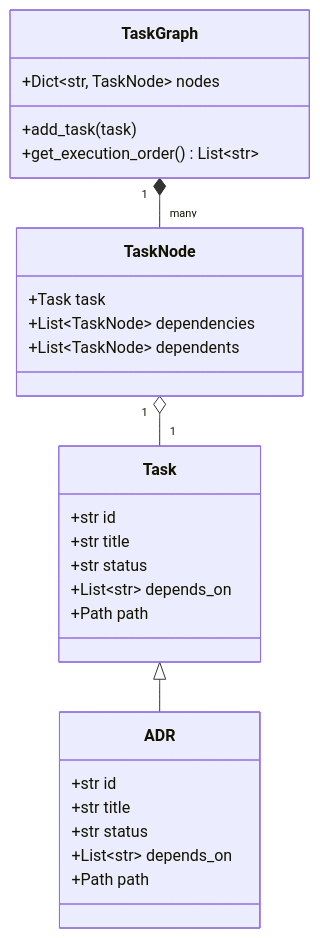
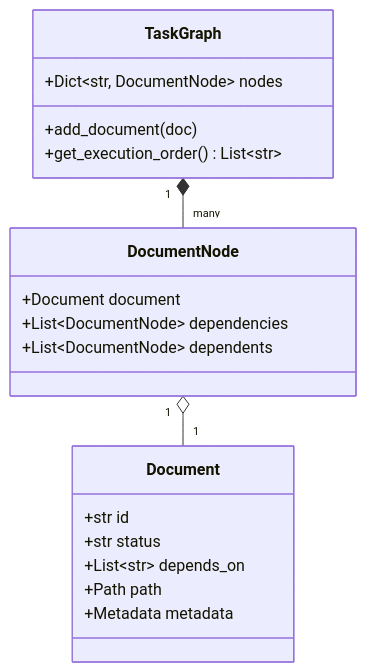
The second of 3 diagrams in docs/architecture/arch-structure-008-scanner.md (masa-codehub/issue_creator_kit), drawn with Mermaid before and after one commit. The commit also changed other lines of this file and 3 other files, not shown here.

Commit message:
docs(spec): update GraphBuilder and Visualizer spec based on review #328

````diff
--- a/docs/architecture/arch-structure-008-scanner.md
+++ b/docs/architecture/arch-structure-008-scanner.md
@@ -40,31 +40,23 @@
 ```mermaid
 classDiagram
-    class Task {
+    class Document {
         +str id
-        +str title
         +str status
         +List~str~ depends_on
         +Path path
-    }
-    class ADR {
-        +str id
-        +str title
-        +str status
-        +List~str~ depends_on
-        +Path path
+        +Metadata metadata
     }
     class TaskGraph {
-        +Dict~str, TaskNode~ nodes
-        +add_task(task)
+        +Dict~str, DocumentNode~ nodes
+        +add_document(doc)
         +get_execution_order() List~str~
     }
-    class TaskNode {
-        +Task task
-        +List~TaskNode~ dependencies
-        +List~TaskNode~ dependents
+    class DocumentNode {
+        +Document document
+        +List~DocumentNode~ dependencies
+        +List~DocumentNode~ dependents
     }
 
-    Task <|-- ADR
-    TaskGraph "1" *-- "many" TaskNode
-    TaskNode "1" o-- "1" Task
+    TaskGraph "1" *-- "many" DocumentNode
+    DocumentNode "1" o-- "1" Document
 ```
````
